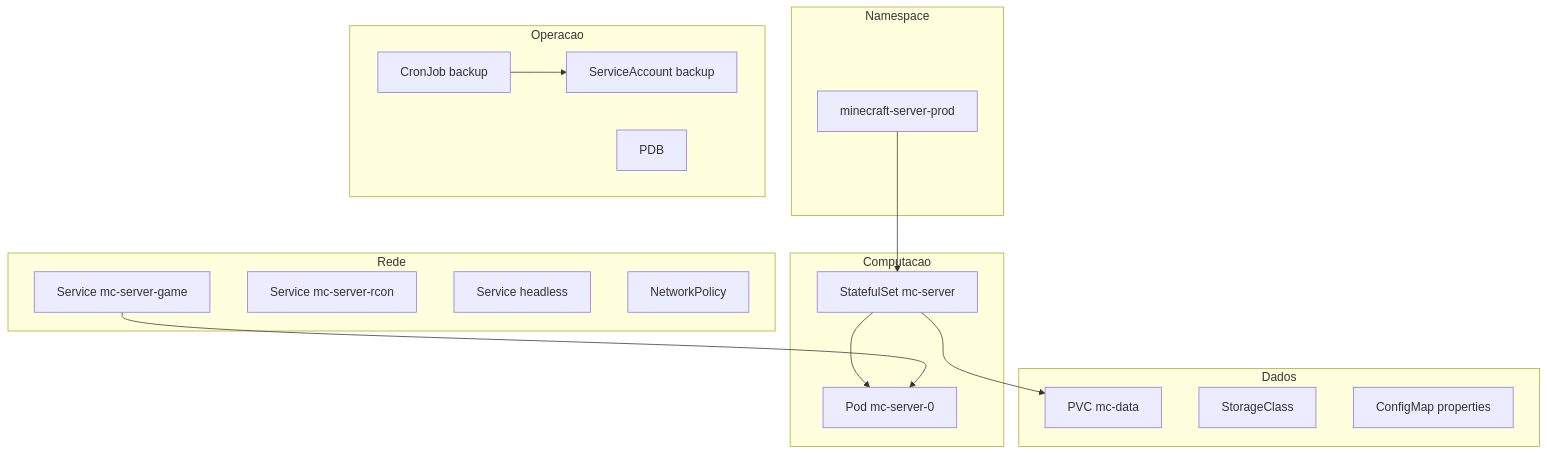
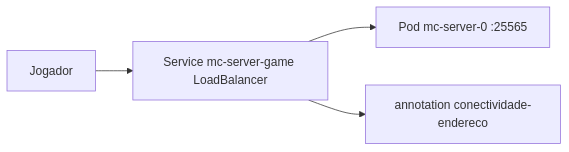
Before and after one commit to victorh-silveira/minecraft-core-server: the second of 2 diagrams in docs/annotations.md, drawn with Mermaid. The commit also changed other lines of this file and 6 other files, not shown here.

````diff
--- a/docs/annotations.md
+++ b/docs/annotations.md
@@ -218,31 +86,9 @@
 ```mermaid
-flowchart TB
-  subgraph ns [Namespace]
-    n[minecraft-server-prod]
-  end
-  subgraph compute [Computacao]
-    sts[StatefulSet mc-server]
-    pod[Pod mc-server-0]
-  end
-  subgraph net [Rede]
-    sg[Service mc-server-game]
-    sr[Service mc-server-rcon]
-    sh[Service headless]
-    np[NetworkPolicy]
-  end
-  subgraph data [Dados]
-    pvc[PVC mc-data]
-    sc[StorageClass]
-    cm[ConfigMap properties]
-  end
-  subgraph ops [Operacao]
-    cj[CronJob backup]
-    sa[ServiceAccount backup]
-    pdb[PDB]
-  end
-  n --> sts
-  sts --> pod
-  sts --> pvc
-  sg --> pod
-  cj --> sa
+flowchart LR
+  player[Jogador]
+  lb[Service mc-server-game LoadBalancer]
+  pod[Pod mc-server-0 :25565]
+  ann[annotation conectividade-endereco]
+  player --> lb --> pod
+  lb --> ann
 ```
````
